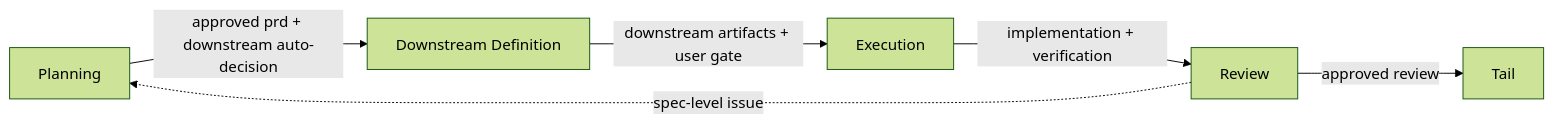
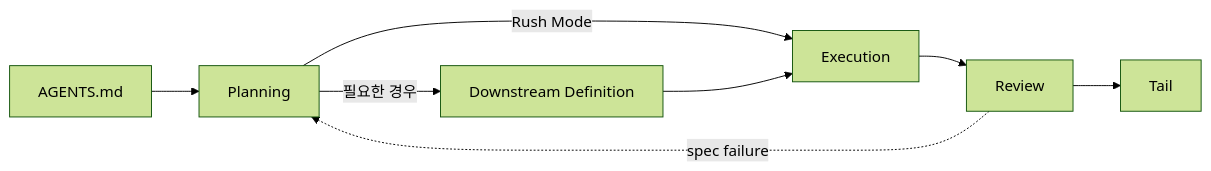
One commit to Conradmaker/copilot-cockpit changed the diagram in README.md. Above: the diagram before and after it, drawn with Mermaid (forest theme). The commit also changed other lines of this file and 8 other files, not shown here.

First line of the commit message:
feat(pages): GitHub Pages 자동 배포 워크플로우 추가 및 공개 사이트 초기 구성

````diff
--- a/README.md
+++ b/README.md
@@ -61,14 +85,17 @@
 ```mermaid
 flowchart LR
+    A[AGENTS.md]
     P[Planning]
     D[Downstream Definition]
     E[Execution]
     R[Review]
     T[Tail]
 
-    P -->|approved prd + downstream auto-decision| D
-    D -->|downstream artifacts + user gate| E
-    E -->|implementation + verification| R
-    R -->|approved review| T
-    R -.->|spec-level issue| P
+    A --> P
+    P -->|필요한 경우| D
+    P -->|Rush Mode| E
+    D --> E
+    E --> R
+    R --> T
+    R -.->|spec failure| P
 ```
````
